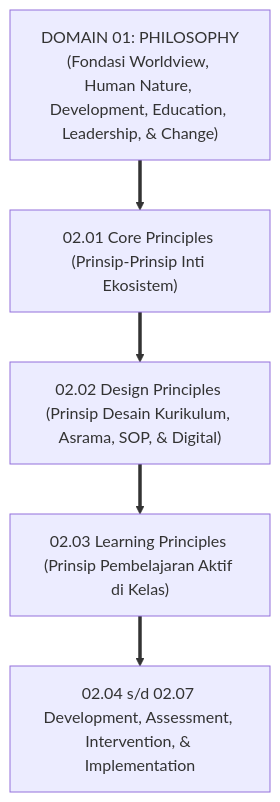
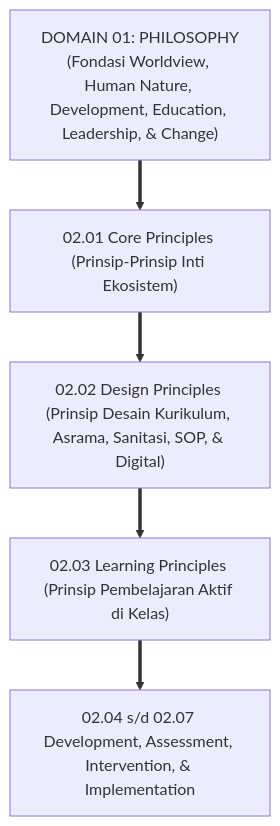
One commit to wandiapriliyandi/tumbuh changed the first of 3 diagrams in 02 Principles/02 Design Principles/P2-02-Prinsip-Desain-Sistem-TUMBUH.md. Above: the diagram before and after it, drawn with Mermaid. The commit also changed other lines of this file and 32 other files, not shown here.

````diff
--- a/02 Principles/02 Design Principles/P2-02-Prinsip-Desain-Sistem-TUMBUH.md
+++ b/02 Principles/02 Design Principles/P2-02-Prinsip-Desain-Sistem-TUMBUH.md
@@ -50,11 +50,11 @@
 ```mermaid
 graph TD
     D1["DOMAIN 01: PHILOSOPHY<br/>(Fondasi Worldview, Human Nature, Development, Education, Leadership, & Change)"]
     ==> D2_01["02.01 Core Principles (Prinsip-Prinsip Inti Ekosistem)"]
     
-    D2_01 ==> D2_02["02.02 Design Principles (Prinsip Desain Kurikulum, Asrama, SOP, & Digital)"]
+    D2_01 ==> D2_02["02.02 Design Principles (Prinsip Desain Kurikulum, Asrama, Sanitasi, SOP, & Digital)"]
     
     D2_02 ==> D2_03["02.03 Learning Principles (Prinsip Pembelajaran Aktif di Kelas)"]
     
     D2_03 ==> D2_Others["02.04 s/d 02.07 Development, Assessment, Intervention, & Implementation"]
 ```
````
